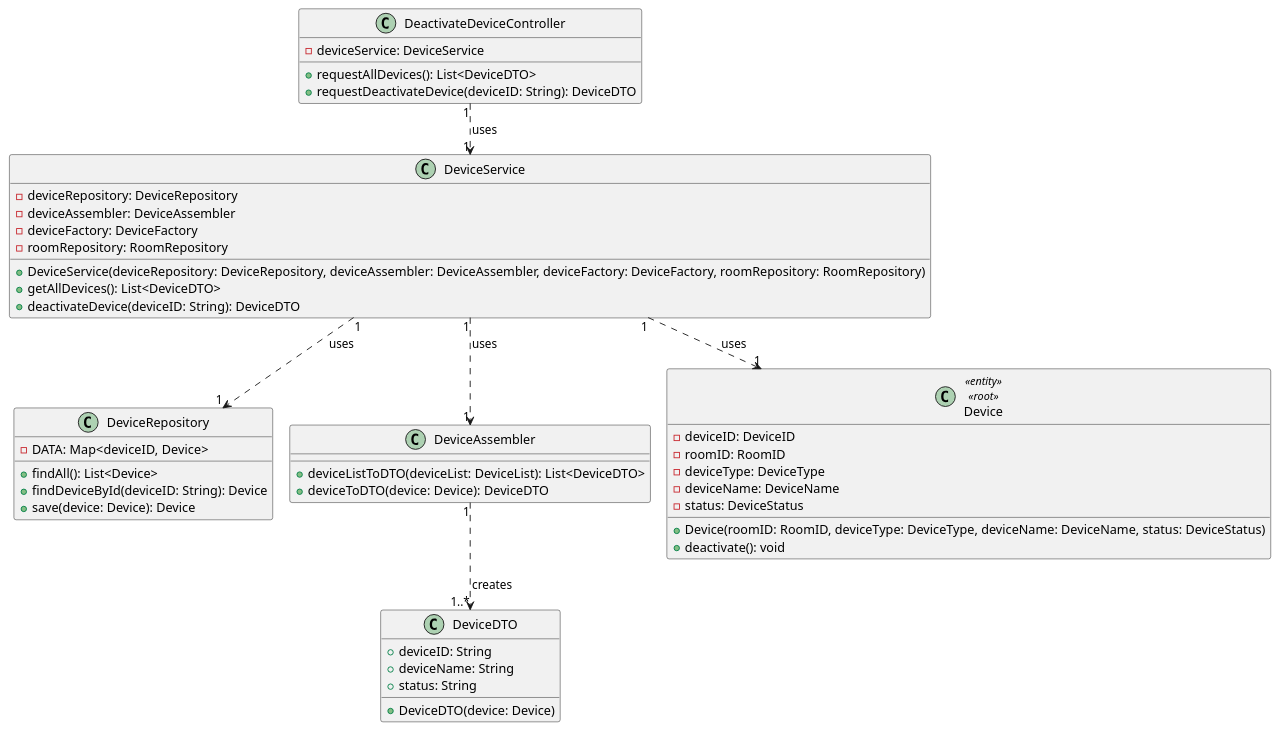
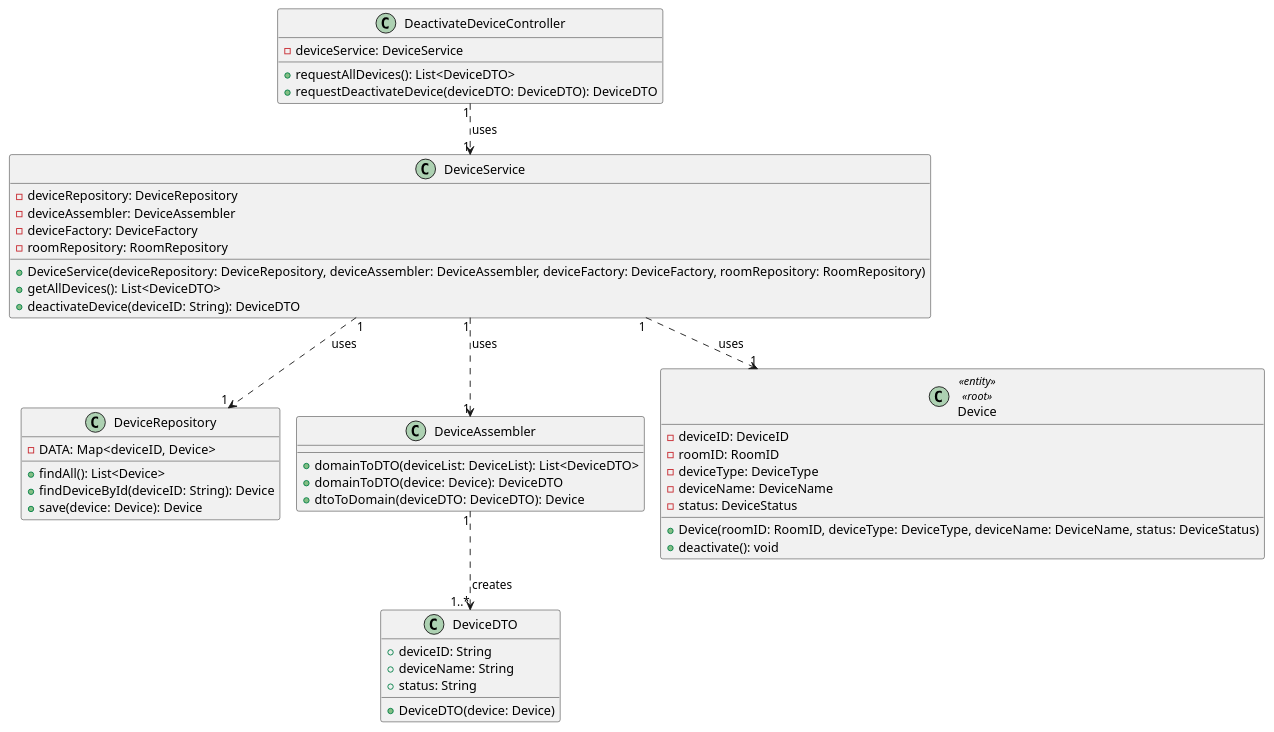
One commit to olivDiogo/SmartHome changed the diagram in docs/userStories/us08/artifacts/US08CD.puml. Above: the diagram before and after it, drawn with PlantUML. The commit also changed 1 other file, not shown here.

```diff
--- a/docs/userStories/us08/artifacts/US08CD.puml
+++ b/docs/userStories/us08/artifacts/US08CD.puml
@@ -1,59 +1,60 @@
 @startuml
 'https://plantuml.com/class-diagram
 
 !pragma layout smetana
 !pragma scale 100 width
 !pragma useVerticalIfPossible
 
 class DeactivateDeviceController {
     -deviceService: DeviceService
     +requestAllDevices(): List<DeviceDTO>
-    +requestDeactivateDevice(deviceID: String): DeviceDTO
+    +requestDeactivateDevice(deviceDTO: DeviceDTO): DeviceDTO
 }
 
 class DeviceService {
     -deviceRepository: DeviceRepository
     -deviceAssembler: DeviceAssembler
     -deviceFactory: DeviceFactory
     -roomRepository: RoomRepository
     +DeviceService(deviceRepository: DeviceRepository, deviceAssembler: DeviceAssembler, deviceFactory: DeviceFactory, roomRepository: RoomRepository)
     +getAllDevices(): List<DeviceDTO>
     +deactivateDevice(deviceID: String): DeviceDTO
 }
 
 class DeviceRepository {
     -DATA: Map<deviceID, Device>
     +findAll(): List<Device>
     +findDeviceById(deviceID: String): Device
     +save(device: Device): Device
 }
 
 class DeviceAssembler {
-    +deviceListToDTO(deviceList: DeviceList): List<DeviceDTO>
-    +deviceToDTO(device: Device): DeviceDTO
+    +domainToDTO(deviceList: DeviceList): List<DeviceDTO>
+    +domainToDTO(device: Device): DeviceDTO
+    +dtoToDomain(deviceDTO: DeviceDTO): Device
 }
 
 
 class DeviceDTO {
     +deviceID: String
     + deviceName: String
     +status: String
     +DeviceDTO(device: Device)
 }
 
 class Device<<entity>><<root>> {
     -deviceID: DeviceID
     -roomID: RoomID
     -deviceType: DeviceType
     -deviceName: DeviceName
     -status: DeviceStatus
     +Device(roomID: RoomID, deviceType: DeviceType, deviceName: DeviceName, status: DeviceStatus)
     +deactivate(): void
 }
 
 DeactivateDeviceController "1" ..> "1" DeviceService: uses >
 DeviceService "1" ..> "1" DeviceRepository: uses >
 DeviceService "1" ..> "1" DeviceAssembler: uses >
 DeviceAssembler "1" ..> "1..*" DeviceDTO: creates >
 DeviceService "1" ..> "1" Device: uses
 @enduml
```
